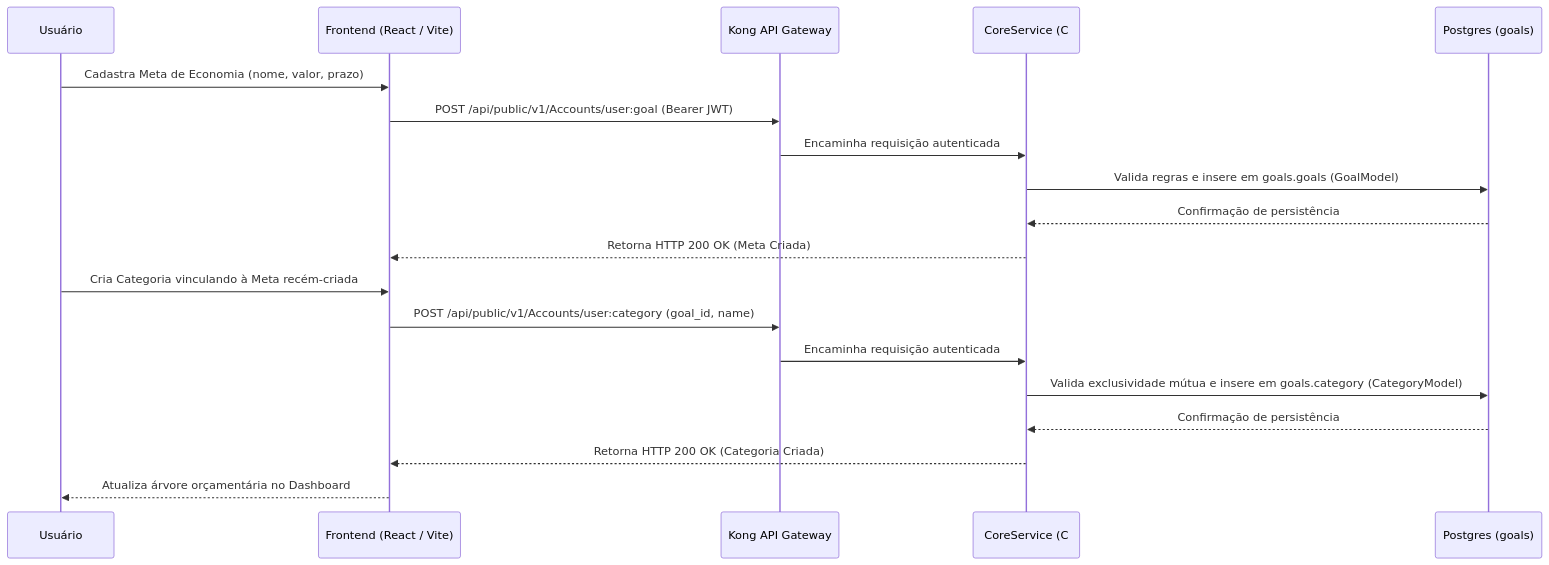
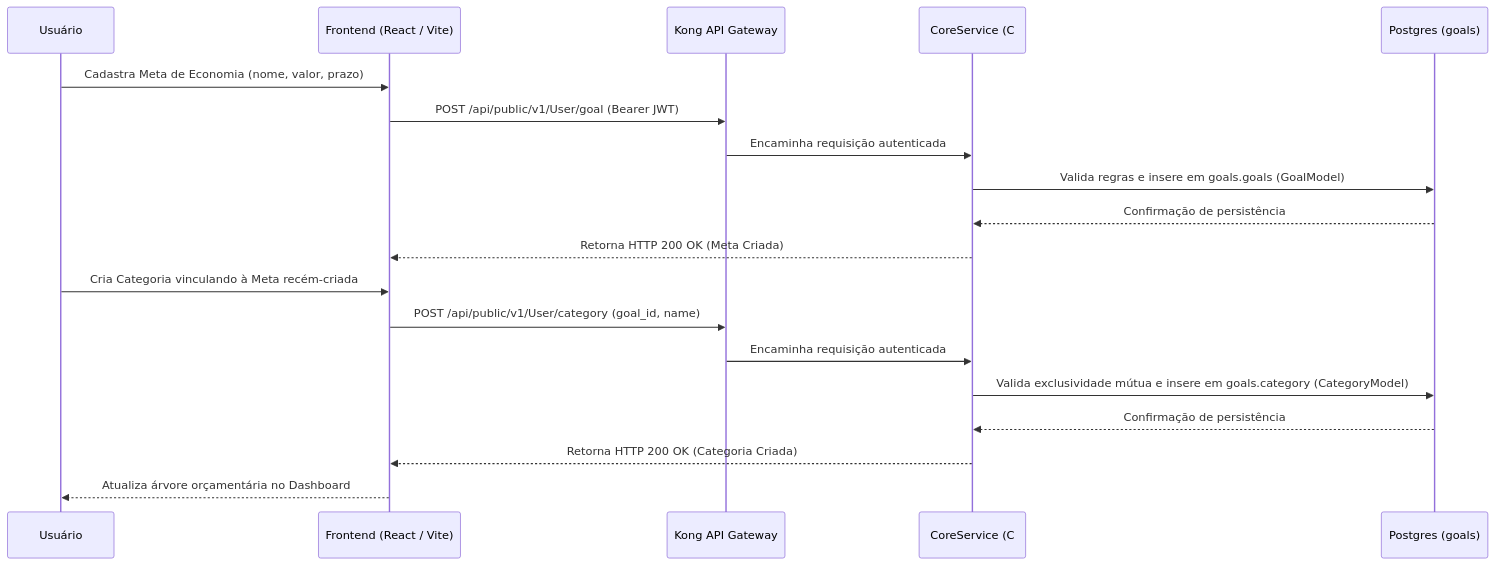
The third of 6 diagrams in docs/config/docs/content/FluxosNegocio/about.md (pedrovtof/Nievo-easy-fin), drawn with Mermaid before and after one commit. The commit also changed other lines of this file and 33 other files, not shown here.

````diff
--- a/docs/config/docs/content/FluxosNegocio/about.md
+++ b/docs/config/docs/content/FluxosNegocio/about.md
@@ -112,23 +112,23 @@
 ```mermaid
 sequenceDiagram
     participant Usuario as Usuário
     participant Frontend as Frontend (React / Vite)
     participant Kong as Kong API Gateway
     participant Core as CoreService (C#)
     participant DB as Postgres (goals)
 
     Usuario->>Frontend: Cadastra Meta de Economia (nome, valor, prazo)
-    Frontend->>Kong: POST /api/public/v1/Accounts/user:goal (Bearer JWT)
+    Frontend->>Kong: POST /api/public/v1/User/goal (Bearer JWT)
     Kong->>Core: Encaminha requisição autenticada
     Core->>DB: Valida regras e insere em goals.goals (GoalModel)
     DB-->>Core: Confirmação de persistência
     Core-->>Frontend: Retorna HTTP 200 OK (Meta Criada)
 
     Usuario->>Frontend: Cria Categoria vinculando à Meta recém-criada
-    Frontend->>Kong: POST /api/public/v1/Accounts/user:category (goal_id, name)
+    Frontend->>Kong: POST /api/public/v1/User/category (goal_id, name)
     Kong->>Core: Encaminha requisição autenticada
     Core->>DB: Valida exclusividade mútua e insere em goals.category (CategoryModel)
     DB-->>Core: Confirmação de persistência
     Core-->>Frontend: Retorna HTTP 200 OK (Categoria Criada)
     Frontend-->>Usuario: Atualiza árvore orçamentária no Dashboard
 ```
````
